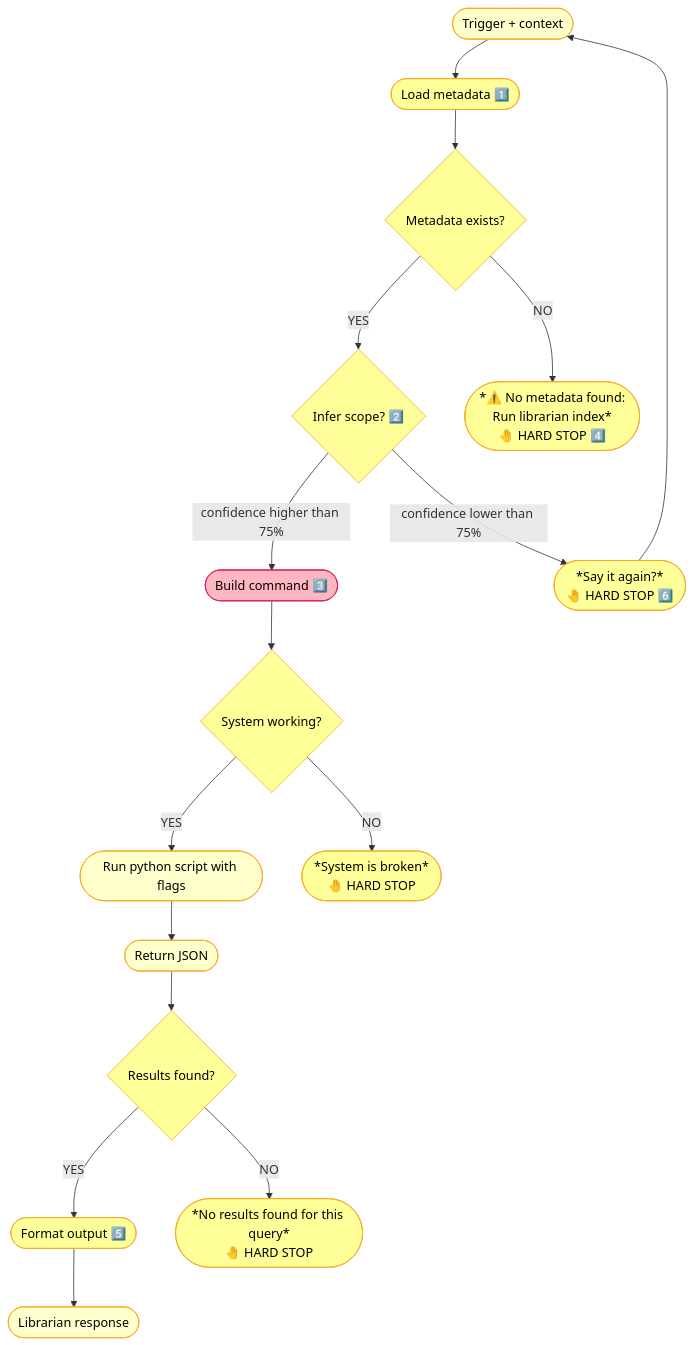
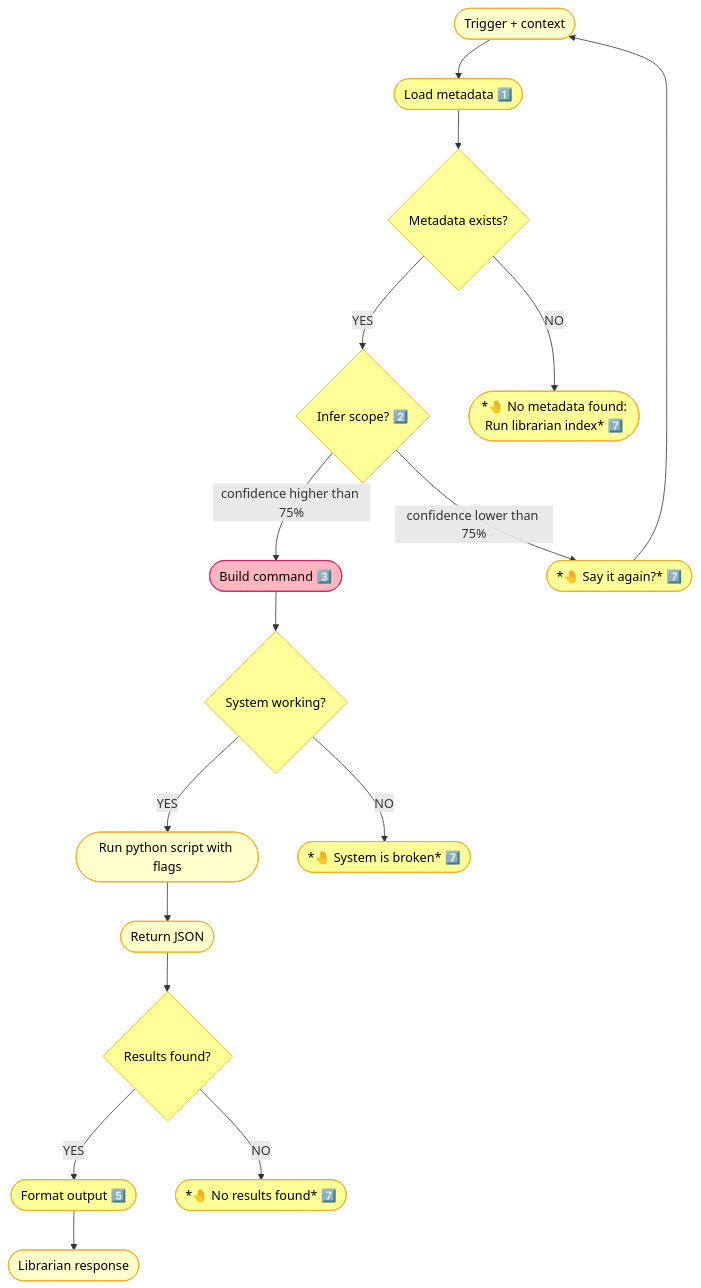
Before and after one commit to nonlinear/librarian: the diagram in backstage/epic-notes/v0.15.0-skill-protocol.md, drawn with Mermaid. The commit also changed other lines of this file, not shown here.

Commit message:
arch: Generalize HARD STOP function (7️⃣) - refine once, all benefit

````diff
--- a/backstage/epic-notes/v0.15.0-skill-protocol.md
+++ b/backstage/epic-notes/v0.15.0-skill-protocol.md
@@ -3,38 +3,38 @@
 ```mermaid
 flowchart TD
     TRIGGER(["Trigger + context"])
     TRIGGER --> METADATA(["Load metadata 1️⃣"])
     METADATA --> CHECK{"Metadata exists?"}
     CHECK -->|YES| INFER{"Infer scope? 2️⃣"}
-    CHECK -->|NO| ERROR(["*⚠️ No metadata found:<br>Run librarian index*<br>🤚 HARD STOP 4️⃣"])
+    CHECK -->|NO| ERROR(["*🤚 No metadata found:<br>Run librarian index* 7️⃣"])
     
     INFER -->|"confidence higher than 75%"| BUILD(["Build command 3️⃣"])
-    INFER -->|"confidence lower than 75%"| CLARIFY(["*Say it again?*<br>🤚 HARD STOP 6️⃣"])
+    INFER -->|"confidence lower than 75%"| CLARIFY(["*🤚 Say it again?* 7️⃣"])
     CLARIFY --> TRIGGER
     
     BUILD --> CHECK_SYSTEM{"System working?"}
     CHECK_SYSTEM -->|YES| EXEC(["Run python script with flags"])
-    CHECK_SYSTEM -->|NO| BROKEN(["*System is broken*<br>🤚 HARD STOP"])
+    CHECK_SYSTEM -->|NO| BROKEN(["*🤚 System is broken* 7️⃣"])
     
     EXEC --> JSON(["Return JSON"])
     JSON --> CHECK_RESULTS{"Results found?"}
     CHECK_RESULTS -->|YES| FORMAT(["Format output 5️⃣"])
-    CHECK_RESULTS -->|NO| EMPTY(["*No results found for this query*<br>🤚 HARD STOP"])
+    CHECK_RESULTS -->|NO| EMPTY(["*🤚 No results found* 7️⃣"])
     FORMAT --> RESPONSE(["Librarian response"])
     
     style TRIGGER fill:#FFFFCC,stroke:#F9A825,color:#000
     style METADATA fill:#FFFF99,stroke:#F9A825,color:#000
     style INFER fill:#FFFF99,stroke:#F9A825,color:#000
     style CLARIFY fill:#FFFF99,stroke:#F9A825,color:#000
     style BUILD fill:#FFB6C1,stroke:#D81B60,color:#000
     style EXEC fill:#FFFFCC,stroke:#F9A825,color:#000
     style JSON fill:#FFFFCC,stroke:#F9A825,color:#000
     style FORMAT fill:#FFFF99,stroke:#F9A825,color:#000
     style RESPONSE fill:#FFFFCC,stroke:#F9A825,color:#000
     style CHECK fill:#FFFF99,stroke:#F9A825,color:#000
     style ERROR fill:#FFFF99,stroke:#F9A825,color:#000
     style CHECK_SYSTEM fill:#FFFF99,stroke:#F9A825,color:#000
     style BROKEN fill:#FFFF99,stroke:#F9A825,color:#000
     style CHECK_RESULTS fill:#FFFF99,stroke:#F9A825,color:#000
     style EMPTY fill:#FFFF99,stroke:#F9A825,color:#000
 ```
````
